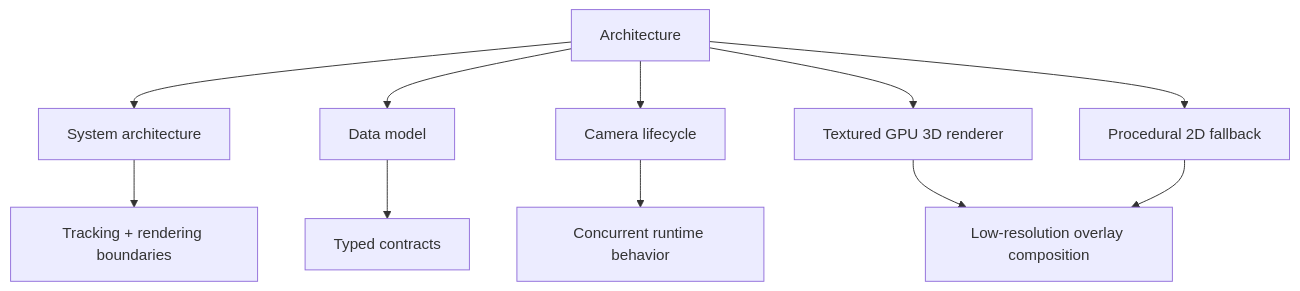
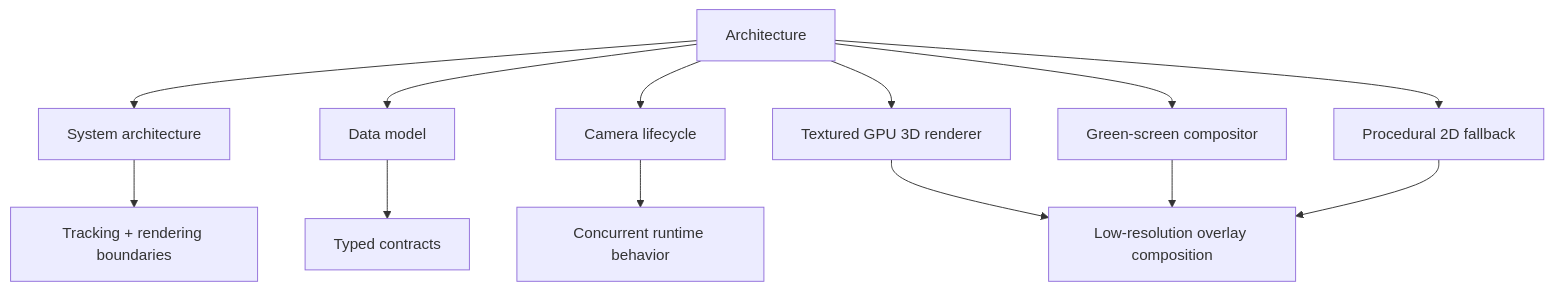
The first of 2 diagrams in docs/02-architecture/README.md (Zanark/KardboardCode-VTuber), drawn with Mermaid before and after one commit. The commit also changed other lines of this file and 58 other files, not shown here.

````diff
--- a/docs/02-architecture/README.md
+++ b/docs/02-architecture/README.md
@@ -14,13 +21,15 @@
 ```mermaid
 flowchart TD
     Architecture --> System["System architecture"]
     Architecture --> Model["Data model"]
     Architecture --> Lifecycle["Camera lifecycle"]
     Architecture --> Renderer["Textured GPU 3D renderer"]
+    Architecture --> Green["Green-screen compositor"]
     Architecture --> Fallback["Procedural 2D fallback"]
     System --> Future["Tracking + rendering boundaries"]
     Model --> Contracts["Typed contracts"]
     Lifecycle --> Runtime["Concurrent runtime behavior"]
     Renderer --> Composite["Low-resolution overlay composition"]
+    Green --> Composite
     Fallback --> Composite
 ```
````
